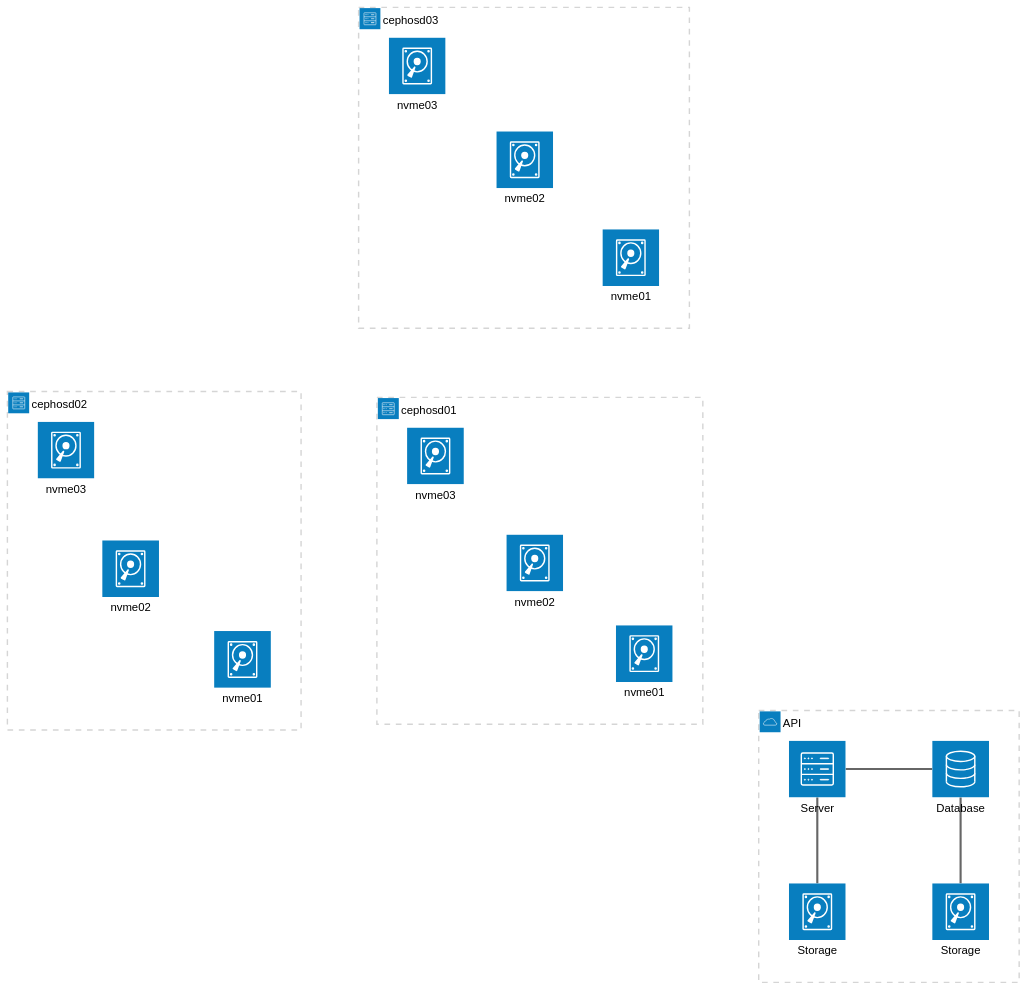
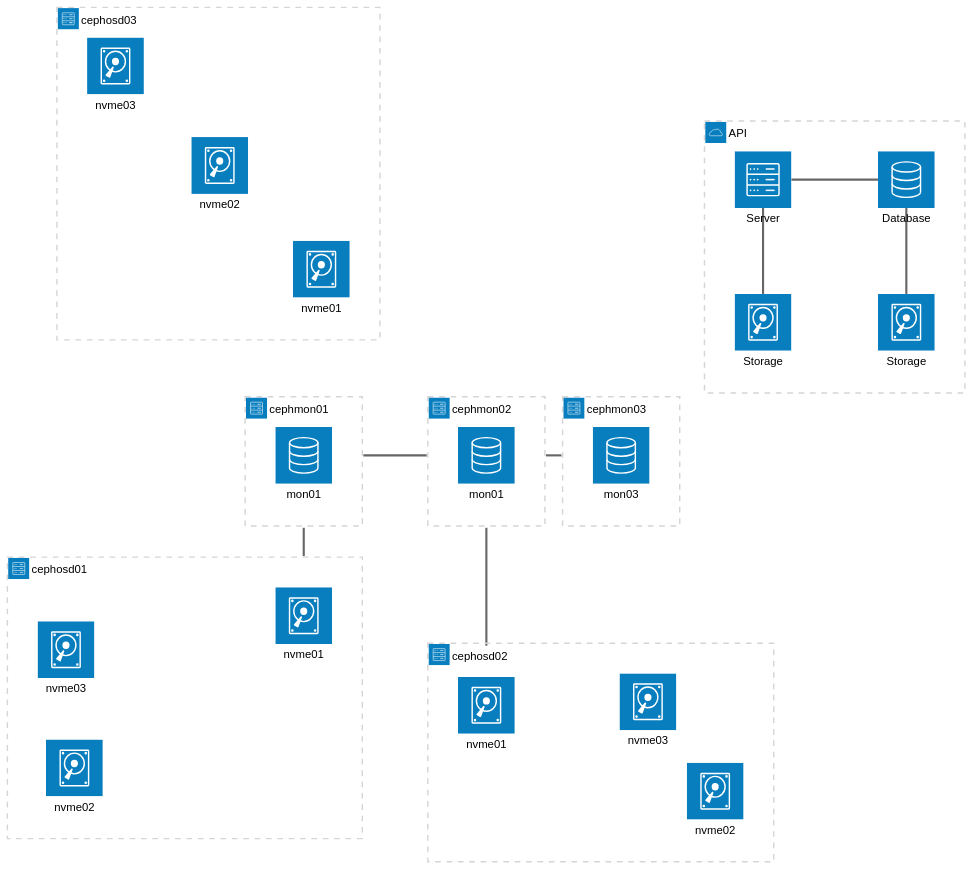
Before and after one commit to codecap/openstack-workshop: the third of 6 diagrams in src/architecture.md, drawn with Mermaid (neutral theme). The commit also changed other lines of this file and 10 other files, not shown here.

```diff
--- a/src/architecture.md
+++ b/src/architecture.md
@@ -90,23 +151,34 @@
 <div class="mermaid">
 architecture-beta
     group api(cloud)[API]
     service db(database)[Database] in api
     service server(server)[Server] in api
     service disk1(disk)[Storage] in api
     service disk2(disk)[Storage] in api
+    group cephmon01(server)[cephmon01]
+      service mon01(database)[mon01] in cephmon01
+    group cephmon02(server)[cephmon02]
+      service mon02(database)[mon01] in cephmon02
+    group cephmon03(server)[cephmon03]
+      service mon03(database)[mon03] in cephmon03
     group cephosd01(server)[cephosd01]
     service nvme11(disk)[nvme01] in cephosd01
     service nvme12(disk)[nvme02] in cephosd01
     service nvme13(disk)[nvme03] in cephosd01
     group cephosd02(server)[cephosd02]
     service nvme21(disk)[nvme01] in cephosd02
     service nvme22(disk)[nvme02] in cephosd02
     service nvme23(disk)[nvme03] in cephosd02
     group cephosd03(server)[cephosd03]
     service nvme31(disk)[nvme01] in cephosd03
     service nvme32(disk)[nvme02] in cephosd03
     service nvme33(disk)[nvme03] in cephosd03
+    mon01{group}:R -- L:mon02{group}
+    mon02{group}:R -- L:mon03{group}
+    nvme11{group}:T -- B:mon01{group}
+    nvme21{group}:T -- B:mon02{group}
     db:L -- R:server
     disk1:T -- B:server
-    disk2:T -- B:db    
+    disk2:T -- B:db  
+
 </div>
```
